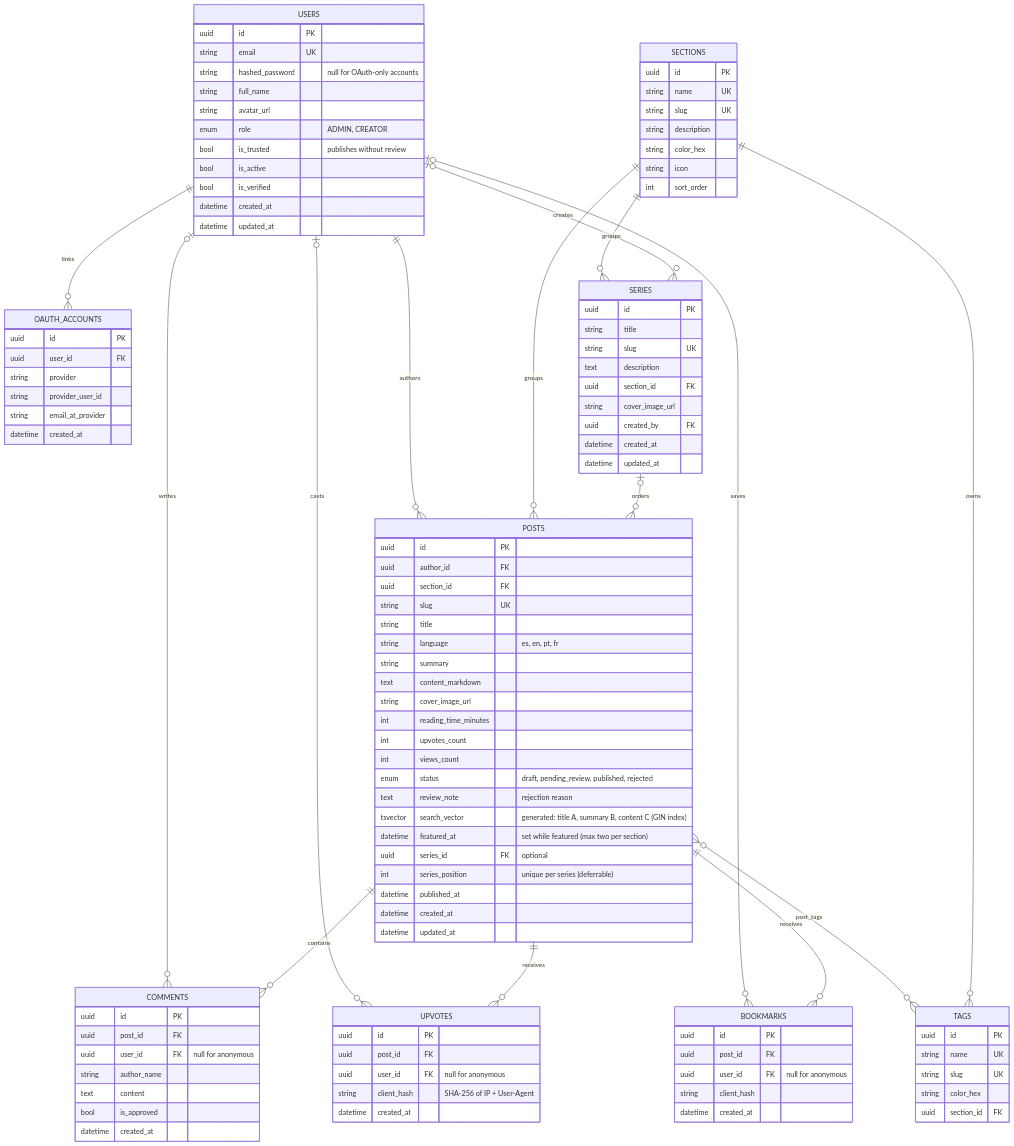
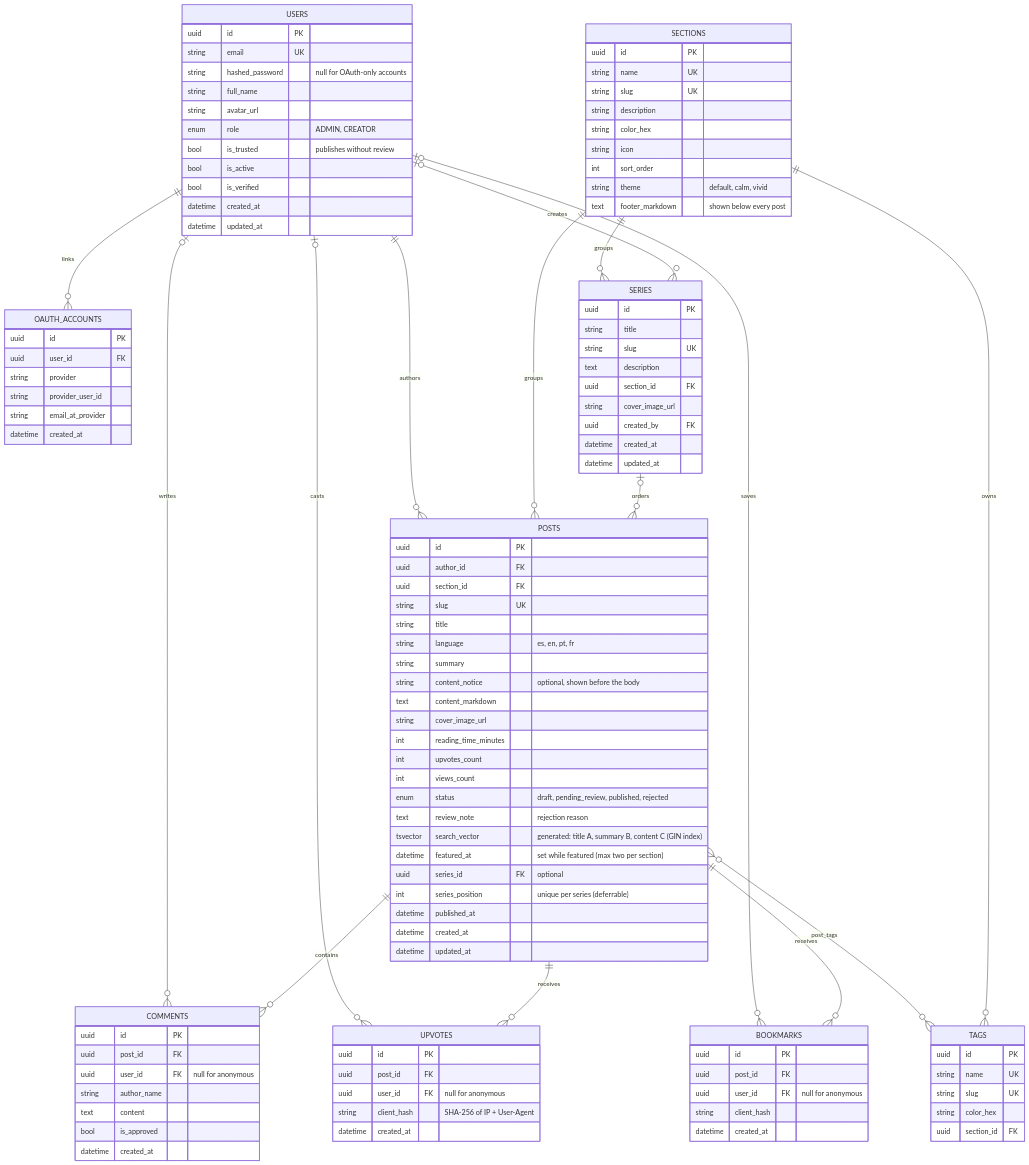
One commit to AnthoRuiz/DevBlog changed the second of 2 diagrams in docs/ARCHITECTURE_E2E.md. Above: the diagram before and after it, drawn with Mermaid. The commit also changed other lines of this file and 1 other file, not shown here.

```diff
--- a/docs/ARCHITECTURE_E2E.md
+++ b/docs/ARCHITECTURE_E2E.md
@@ -197,6 +197,8 @@
         string color_hex
         string icon
         int sort_order
+        string theme "default, calm, vivid"
+        text footer_markdown "shown below every post"
     }
 
     POSTS {
@@ -207,6 +209,7 @@
         string title
         string language "es, en, pt, fr"
         string summary
+        string content_notice "optional, shown before the body"
         text content_markdown
         string cover_image_url
         int reading_time_minutes
```
